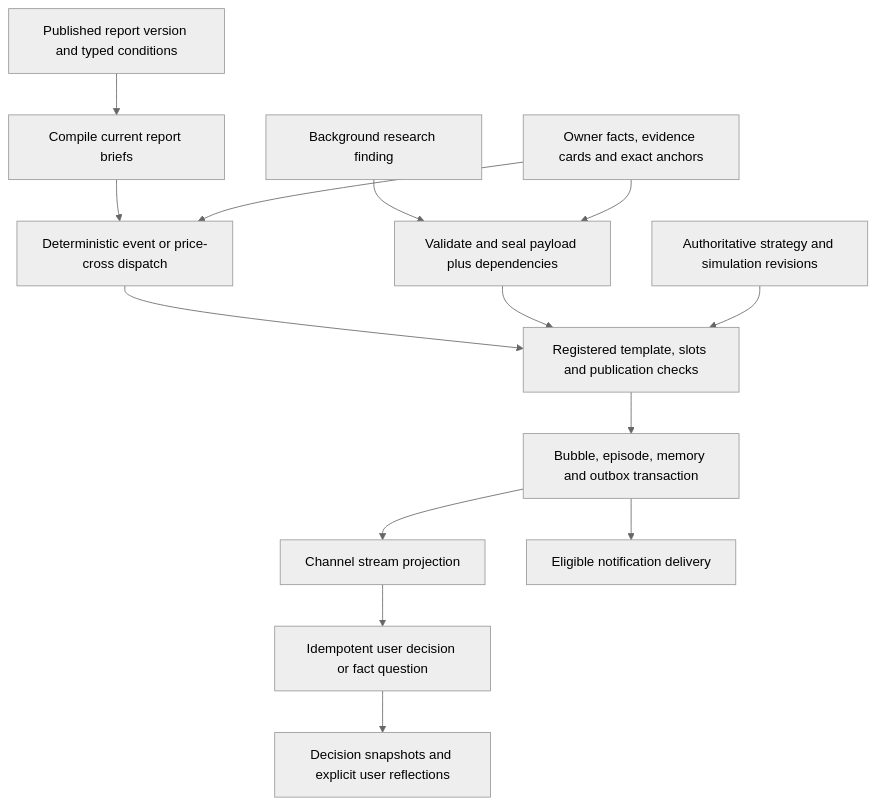
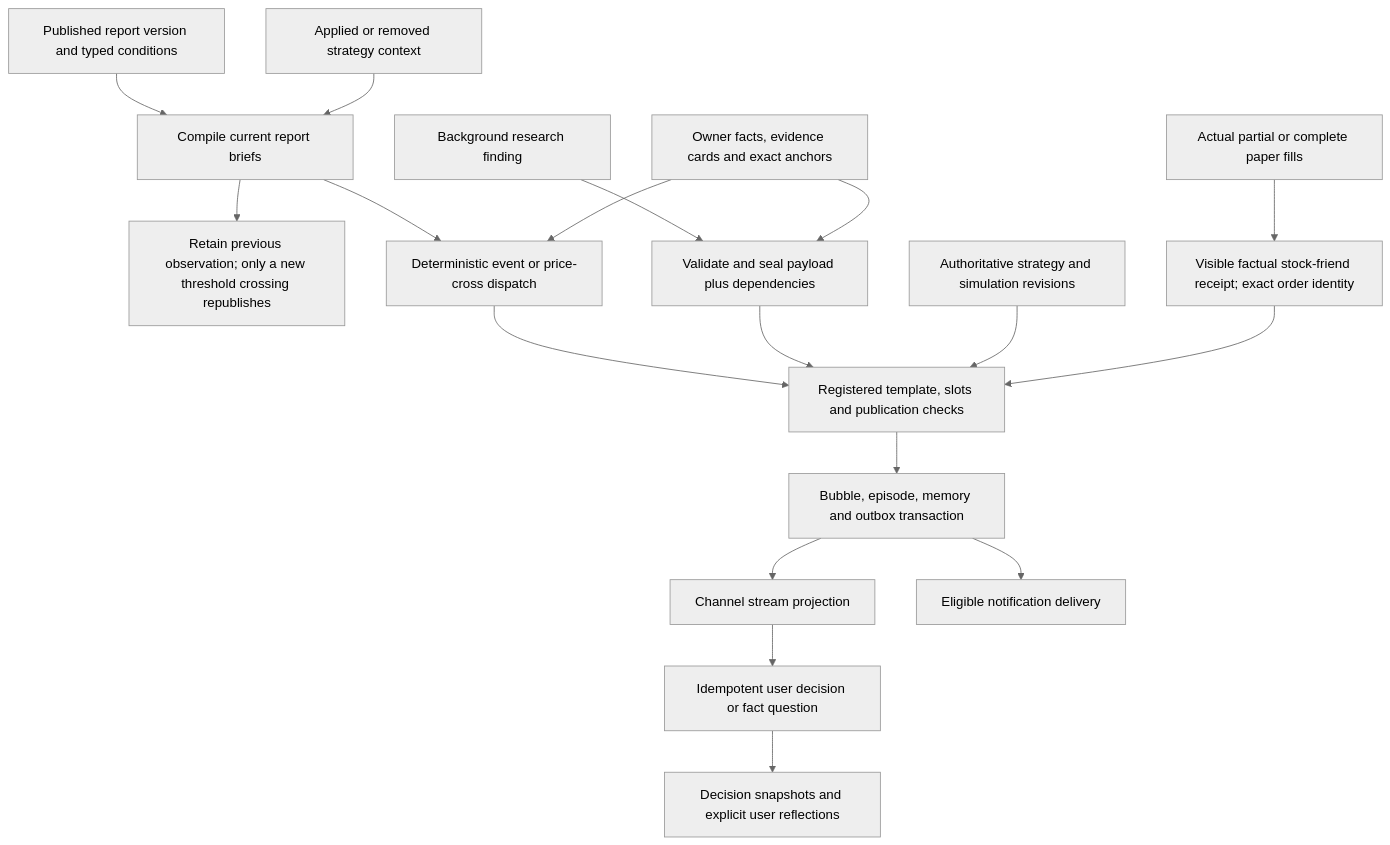
One commit to Lueyu/squabble changed the fourth of 5 diagrams in docs/architecture.md. Above: the diagram before and after it, drawn with Mermaid (neutral theme). The commit also changed other lines of this file and 70 other files, not shown here.

````diff
--- a/docs/architecture.md
+++ b/docs/architecture.md
@@ -148,16 +159,20 @@
 ```mermaid
 flowchart TD
     report["Published report version and typed conditions"] --> brief["Compile current report briefs"]
+    strategyChange["Applied or removed strategy context"] --> brief
+    brief --> crossings["Retain previous observation; only a new threshold crossing republishes"]
     brief --> event["Deterministic event or price-cross dispatch"]
     change["Background research finding"] --> seal["Validate and seal payload plus dependencies"]
     facts["Owner facts, evidence cards and exact anchors"] --> event
     facts --> seal
     event --> gate["Registered template, slots and publication checks"]
     seal --> gate
     runtime["Authoritative strategy and simulation revisions"] --> gate
+    fills["Actual partial or complete paper fills"] --> receipt["Visible factual stock-friend receipt; exact order identity"]
+    receipt --> gate
     gate --> transaction["Bubble, episode, memory and outbox transaction"]
     transaction --> stream["Channel stream projection"]
     transaction --> notification["Eligible notification delivery"]
     stream --> action["Idempotent user decision or fact question"]
     action --> history["Decision snapshots and explicit user reflections"]
 ```
````
